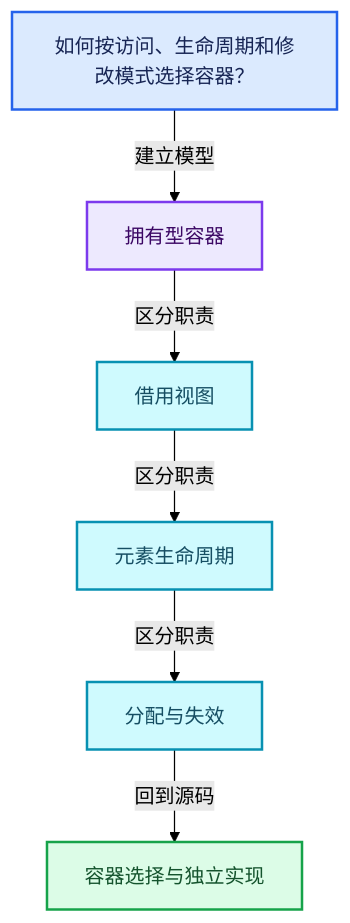
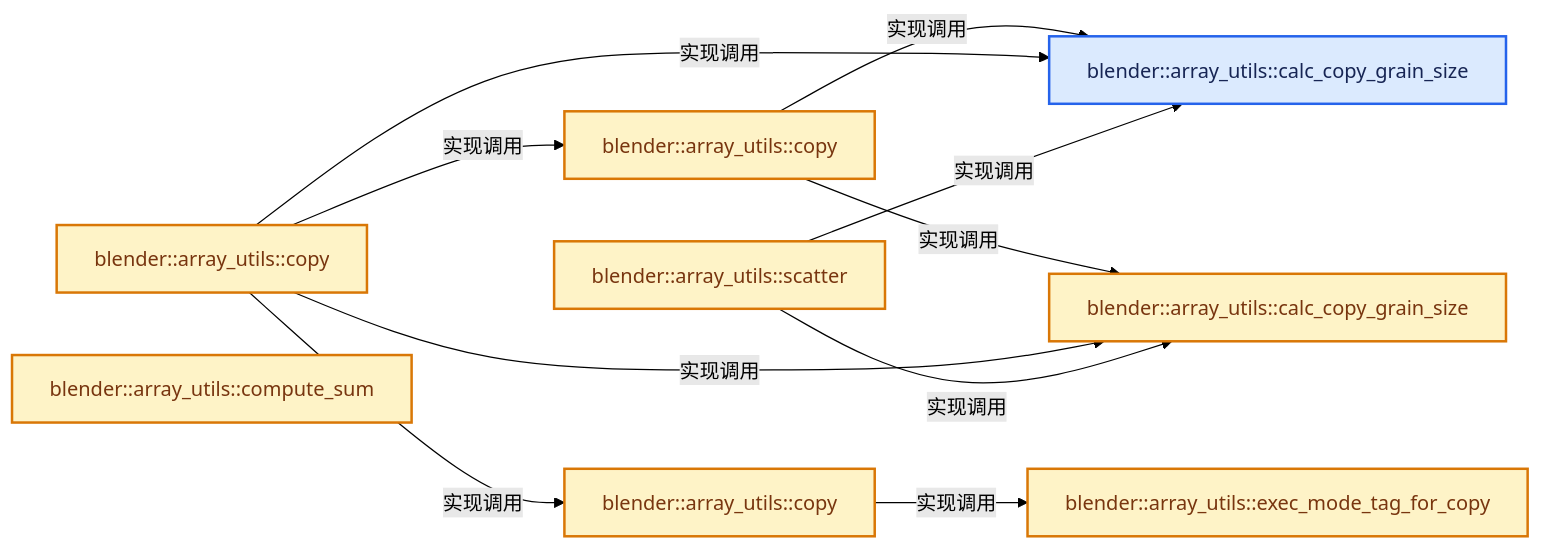
Before and after one commit to yunkezengren/blender-.vscode: the second of 4 diagrams in 杂/markdown/全面学习-codex/01-基础容器与现代CPP/20-容器选择与独立实现.md, drawn with Mermaid (forest theme). The commit also changed other lines of this file and 1930 other files, not shown here.

````diff
--- a/杂/markdown/全面学习-codex/01-基础容器与现代CPP/20-容器选择与独立实现.md
+++ b/杂/markdown/全面学习-codex/01-基础容器与现代CPP/20-容器选择与独立实现.md
@@ -58,20 +46,26 @@
 ```mermaid
-flowchart TB
-  Q["如何按访问、生命周期和修改模式选择容器？"]:::input
-  C0["拥有型容器"]:::abstraction
-  C1["借用视图"]:::data
-  C2["元素生命周期"]:::data
-  C3["分配与失效"]:::data
-  R["容器选择与独立实现"]:::result
-  Q -->|"建立模型"| C0
-  C0 -->|"区分职责"| C1
-  C1 -->|"区分职责"| C2
-  C2 -->|"区分职责"| C3
-  C3 -->|"回到源码"| R
+flowchart LR
+  F0["blender::array_utils::calc_copy_grain_size"]:::input
+  F1["blender::array_utils::calc_copy_grain_size"]:::compute
+  F2["blender::array_utils::exec_mode_tag_for_copy"]:::compute
+  F3["blender::array_utils::copy"]:::compute
+  F4["blender::array_utils::copy"]:::compute
+  F5["blender::array_utils::copy"]:::compute
+  F6["blender::array_utils::compute_sum"]:::compute
+  F7["blender::array_utils::scatter"]:::compute
+  F3 -->|"实现调用"| F0
+  F3 -->|"实现调用"| F1
+  F4 -->|"实现调用"| F0
+  F4 -->|"实现调用"| F1
+  F4 -->|"实现调用"| F3
+  F4 -->|"实现调用"| F5
+  F5 -->|"实现调用"| F2
+  F7 -->|"实现调用"| F0
+  F7 -->|"实现调用"| F1
   classDef input fill:#DBEAFE,stroke:#2563EB,color:#172554,stroke-width:2px;
   classDef data fill:#CFFAFE,stroke:#0891B2,color:#164E63,stroke-width:2px;
   classDef abstraction fill:#EDE9FE,stroke:#7C3AED,color:#3B0764,stroke-width:2px;
   classDef compute fill:#FEF3C7,stroke:#D97706,color:#78350F,stroke-width:2px;
   classDef result fill:#DCFCE7,stroke:#16A34A,color:#14532D,stroke-width:2px;
   classDef error fill:#FEE2E2,stroke:#DC2626,color:#7F1D1D,stroke-width:2px;
 ```
````
